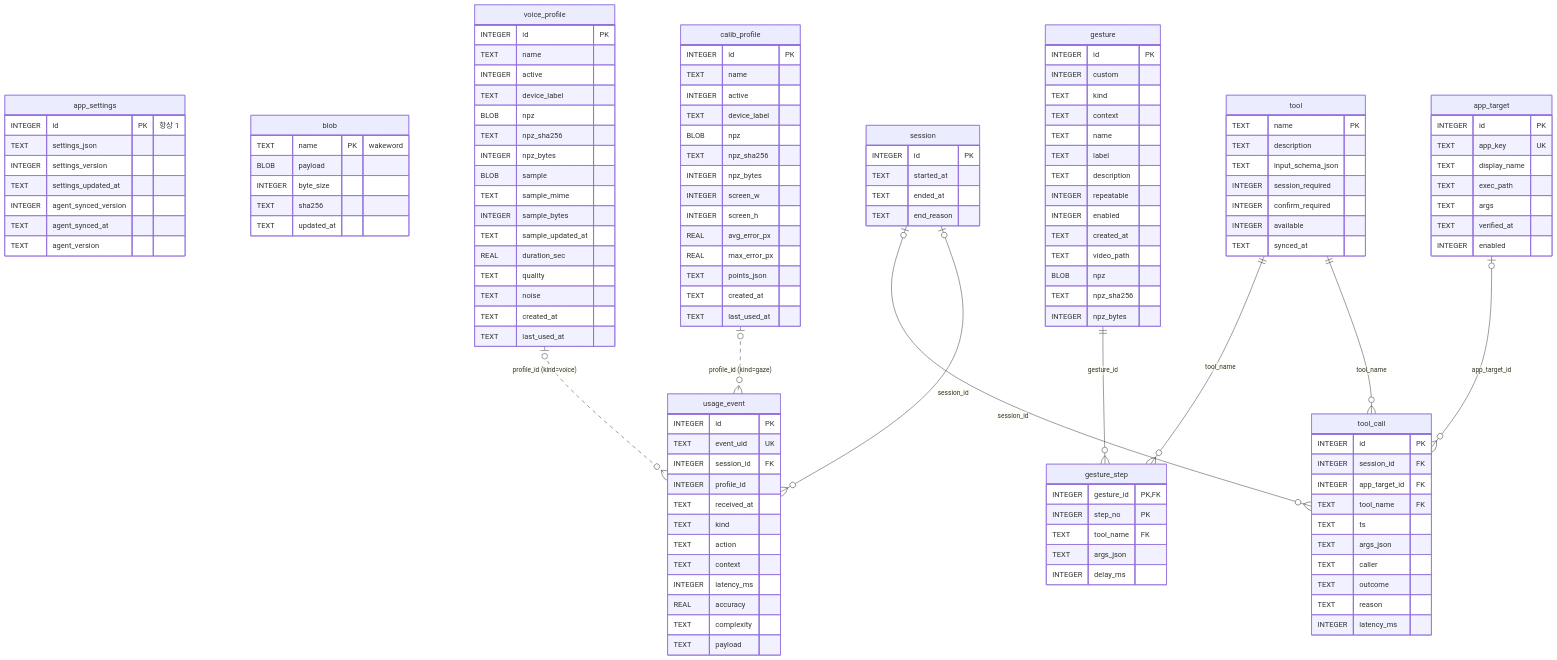
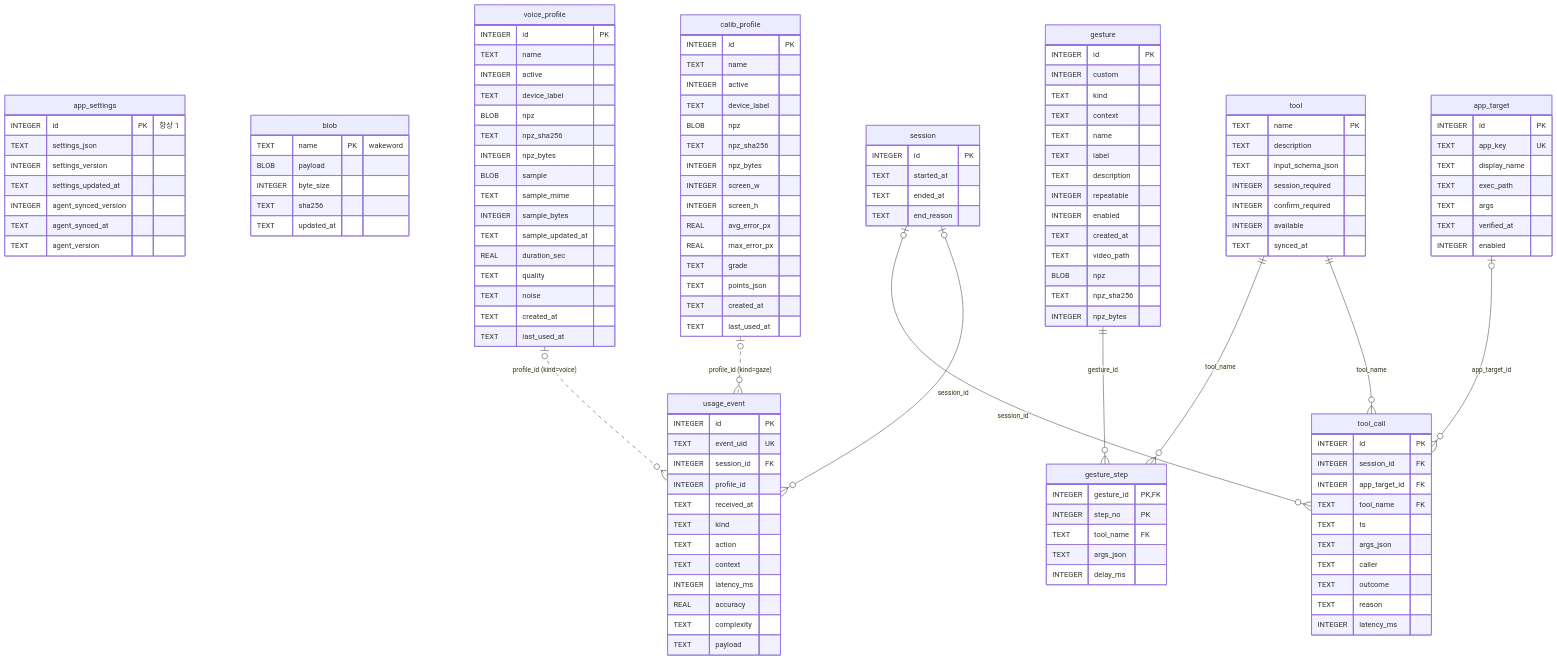
Before and after one commit to 42JH/SIA: the diagram in Backend/docs/ERD.md, drawn with Mermaid. The commit also changed other lines of this file and 8 other files, not shown here.

```diff
--- a/Backend/docs/ERD.md
+++ b/Backend/docs/ERD.md
@@ -96,6 +96,7 @@
         INTEGER screen_h
         REAL avg_error_px
         REAL max_error_px
+        TEXT grade
         TEXT points_json
         TEXT created_at
         TEXT last_used_at
```
